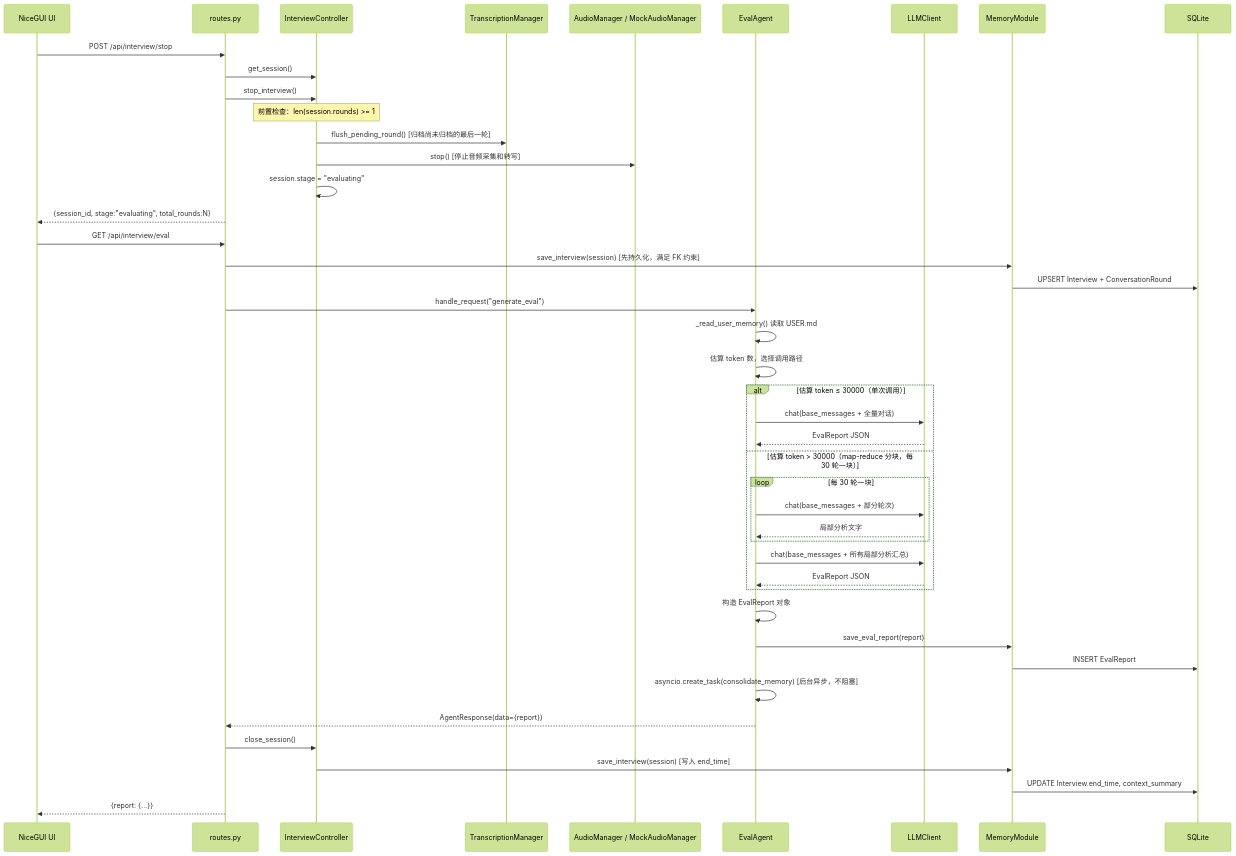
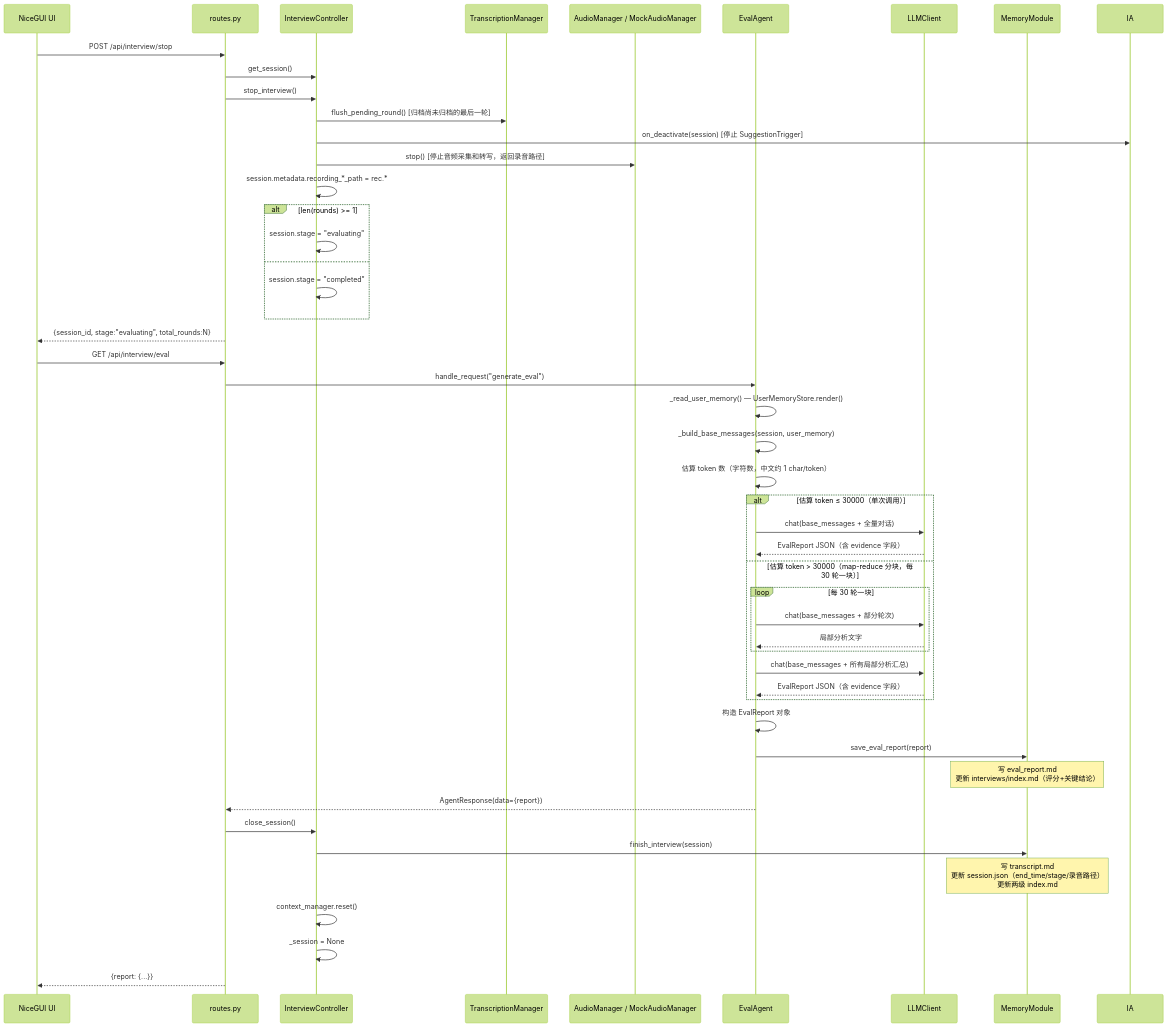
Before and after one commit to dygcjlu/interviewer-assistant: the fifth of 5 diagrams in docs/arc/flows.md, drawn with Mermaid (forest theme). The commit also changed other lines of this file and 31 other files, not shown here.

````diff
--- a/docs/arc/flows.md
+++ b/docs/arc/flows.md
@@ -187,48 +203,52 @@
 ```mermaid
 sequenceDiagram
     participant UI as NiceGUI UI
     participant REST as routes.py
     participant IC as InterviewController
     participant TM as TranscriptionManager
     participant AM as AudioManager / MockAudioManager
     participant EA as EvalAgent
     participant LLM as LLMClient
     participant MM as MemoryModule
-    participant DB as SQLite
 
     UI->>REST: POST /api/interview/stop
     REST->>IC: get_session()
     REST->>IC: stop_interview()
-    Note over IC: 前置检查：len(session.rounds) >= 1
     IC->>TM: flush_pending_round() [归档尚未归档的最后一轮]
-    IC->>AM: stop() [停止音频采集和转写]
-    IC->>IC: session.stage = "evaluating"
+    IC->>IA: on_deactivate(session) [停止 SuggestionTrigger]
+    IC->>AM: stop() [停止音频采集和转写，返回录音路径]
+    IC->>IC: session.metadata.recording_*_path = rec.*
+    alt len(rounds) >= 1
+        IC->>IC: session.stage = "evaluating"
+    else
+        IC->>IC: session.stage = "completed"
+    end
     REST-->>UI: {session_id, stage:"evaluating", total_rounds:N}
 
     UI->>REST: GET /api/interview/eval
-    REST->>MM: save_interview(session) [先持久化，满足 FK 约束]
-    MM->>DB: UPSERT Interview + ConversationRound
     REST->>EA: handle_request("generate_eval")
-    EA->>EA: _read_user_memory() 读取 USER.md
-    EA->>EA: 估算 token 数，选择调用路径
+    EA->>EA: _read_user_memory() — UserMemoryStore.render()
+    EA->>EA: _build_base_messages(session, user_memory)
+    EA->>EA: 估算 token 数（字符数，中文约 1 char/token）
     alt 估算 token ≤ 30000（单次调用）
         EA->>LLM: chat(base_messages + 全量对话)
-        LLM-->>EA: EvalReport JSON
+        LLM-->>EA: EvalReport JSON（含 evidence 字段）
     else 估算 token > 30000（map-reduce 分块，每 30 轮一块）
         loop 每 30 轮一块
             EA->>LLM: chat(base_messages + 部分轮次)
             LLM-->>EA: 局部分析文字
         end
         EA->>LLM: chat(base_messages + 所有局部分析汇总)
-        LLM-->>EA: EvalReport JSON
+        LLM-->>EA: EvalReport JSON（含 evidence 字段）
     end
     EA->>EA: 构造 EvalReport 对象
     EA->>MM: save_eval_report(report)
-    MM->>DB: INSERT EvalReport
-    EA->>EA: asyncio.create_task(consolidate_memory) [后台异步，不阻塞]
+    Note over MM: 写 eval_report.md<br/>更新 interviews/index.md（评分+关键结论）
     EA-->>REST: AgentResponse(data={report})
     REST->>IC: close_session()
-    IC->>MM: save_interview(session) [写入 end_time]
-    MM->>DB: UPDATE Interview.end_time, context_summary
+    IC->>MM: finish_interview(session)
+    Note over MM: 写 transcript.md<br/>更新 session.json（end_time/stage/录音路径）<br/>更新两级 index.md
+    IC->>IC: context_manager.reset()
+    IC->>IC: _session = None
     REST-->>UI: {report: {...}}
 ```
````
